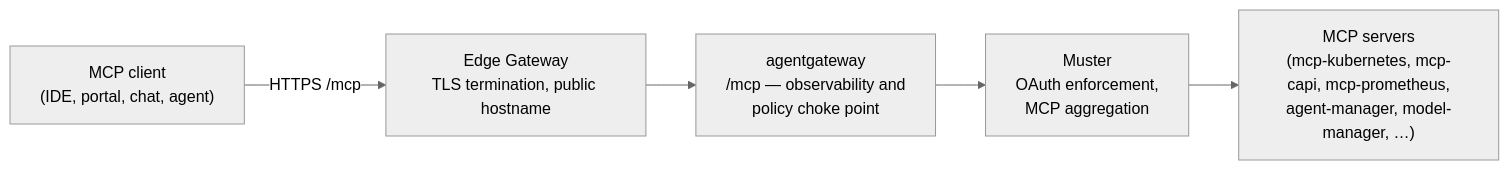
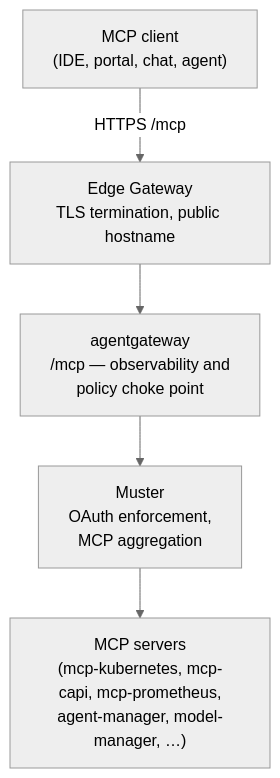
The first of 2 diagrams in src/content/overview/agent-platform/architecture/index.md (giantswarm/docs), drawn with Mermaid (neutral theme) before and after one commit. The commit also changed other lines of this file and 4 other files, not shown here.

First line of the commit message:
feat(mermaid): add diagram skill, use Roboto at regular weight, fix cropped labels

```diff
--- a/src/content/overview/agent-platform/architecture/index.md
+++ b/src/content/overview/agent-platform/architecture/index.md
@@ -29,13 +29,13 @@
 {{< mermaid >}}
-flowchart LR
+flowchart TB
   client["MCP client<br/>(IDE, portal, chat, agent)"]
   edge["Edge Gateway<br/>TLS termination, public hostname"]
   agw["agentgateway<br/>/mcp — observability and<br/>policy choke point"]
   muster["Muster<br/>OAuth enforcement,<br/>MCP aggregation"]
   servers["MCP servers<br/>(mcp-kubernetes, mcp-capi, mcp-prometheus,<br/>agent-manager, model-manager, …)"]
 
   client -- "HTTPS /mcp" --> edge
   edge --> agw
   agw --> muster
   muster --> servers
 {{< /mermaid >}}
```
